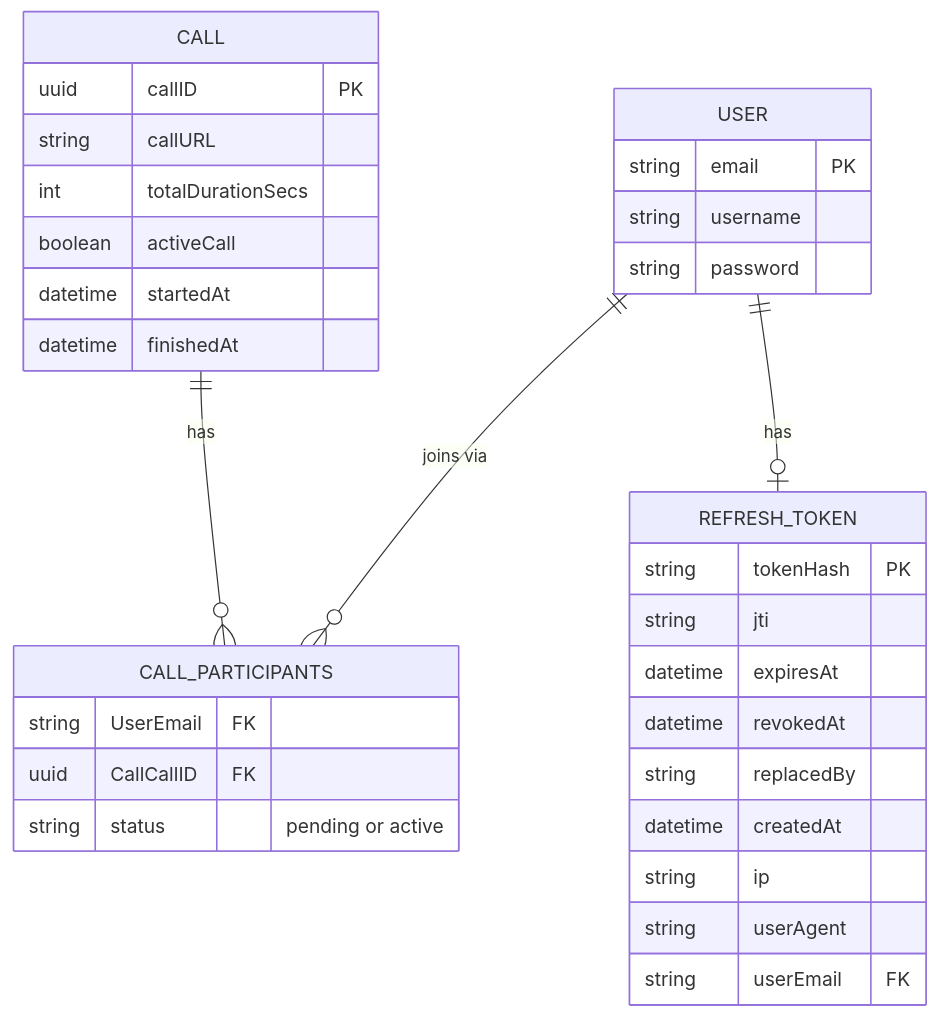
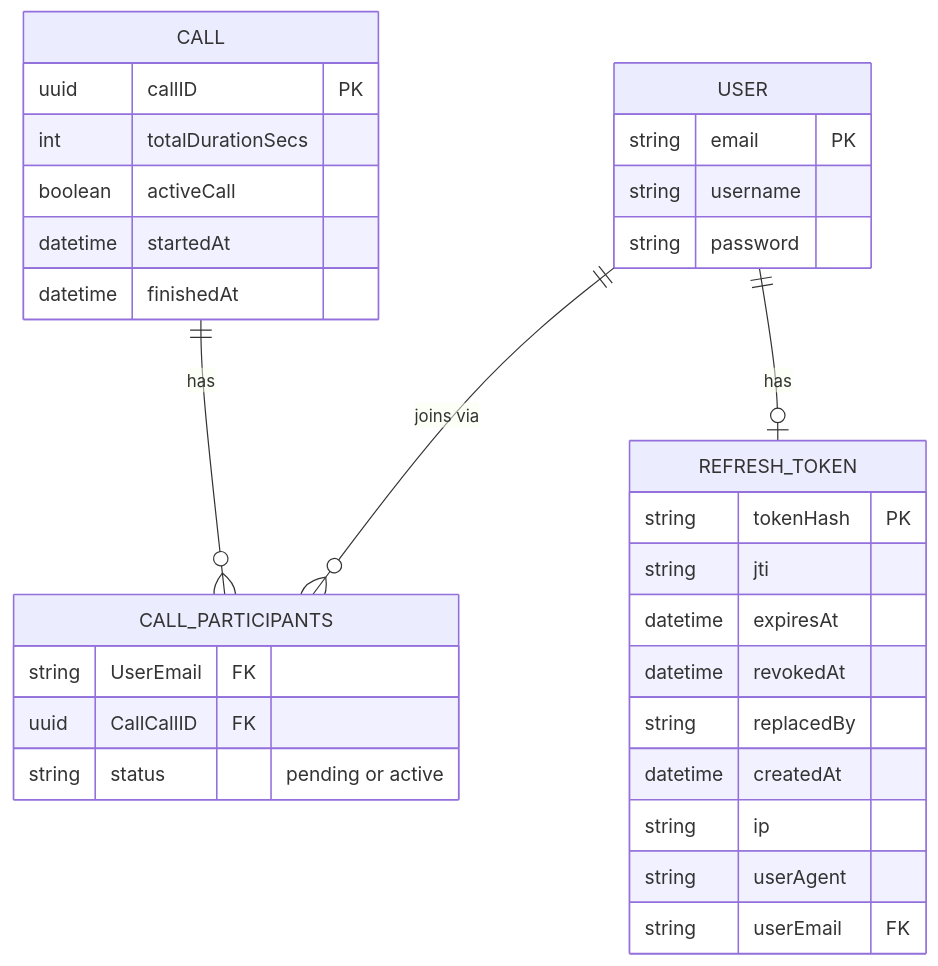
The diagram in README.md (stephen-ingham/p2p-video-chat-web-app), drawn with Mermaid before and after one commit. The commit also changed other lines of this file and 2 other files, not shown here.

First line of the commit message:
docs: callID-only create/join

````diff
--- a/README.md
+++ b/README.md
@@ -493,39 +494,38 @@
 ```mermaid
 erDiagram
     USER ||--o{ CALL_PARTICIPANTS : "joins via"
     CALL ||--o{ CALL_PARTICIPANTS : "has"
     USER ||--o| REFRESH_TOKEN : "has"
 
     USER {
         string email PK
         string username
         string password
     }
 
     CALL {
         uuid callID PK
-        string callURL
         int totalDurationSecs
         boolean activeCall
         datetime startedAt
         datetime finishedAt
     }
 
     CALL_PARTICIPANTS {
         string UserEmail FK
         uuid CallCallID FK
         string status "pending or active"
     }
 
     REFRESH_TOKEN {
         string tokenHash PK
         string jti
         datetime expiresAt
         datetime revokedAt
         string replacedBy
         datetime createdAt
         string ip
         string userAgent
         string userEmail FK
     }
 ```
````
